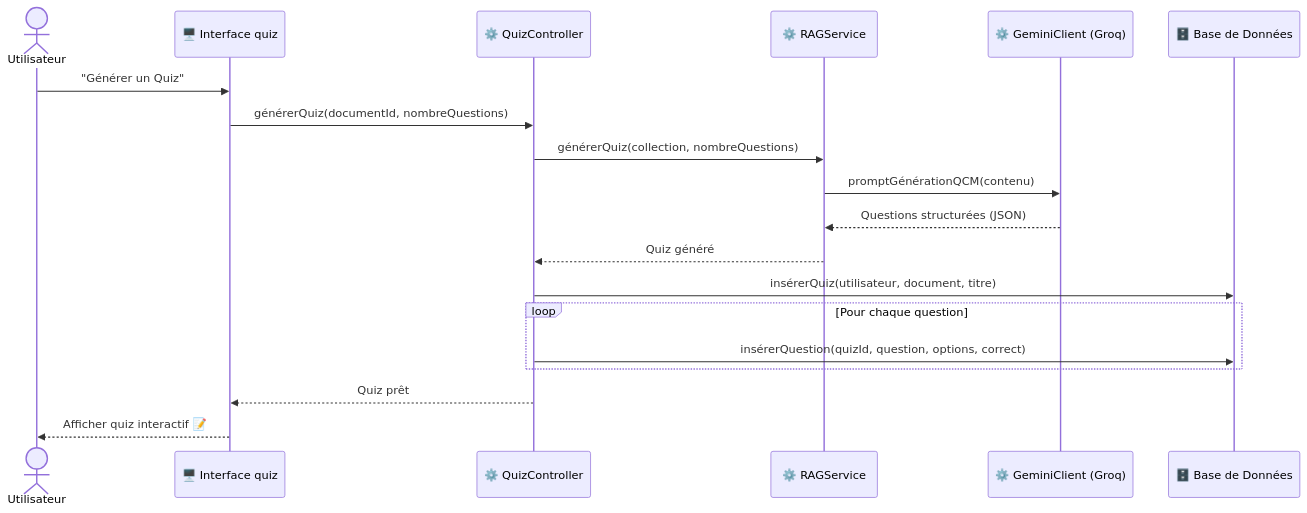
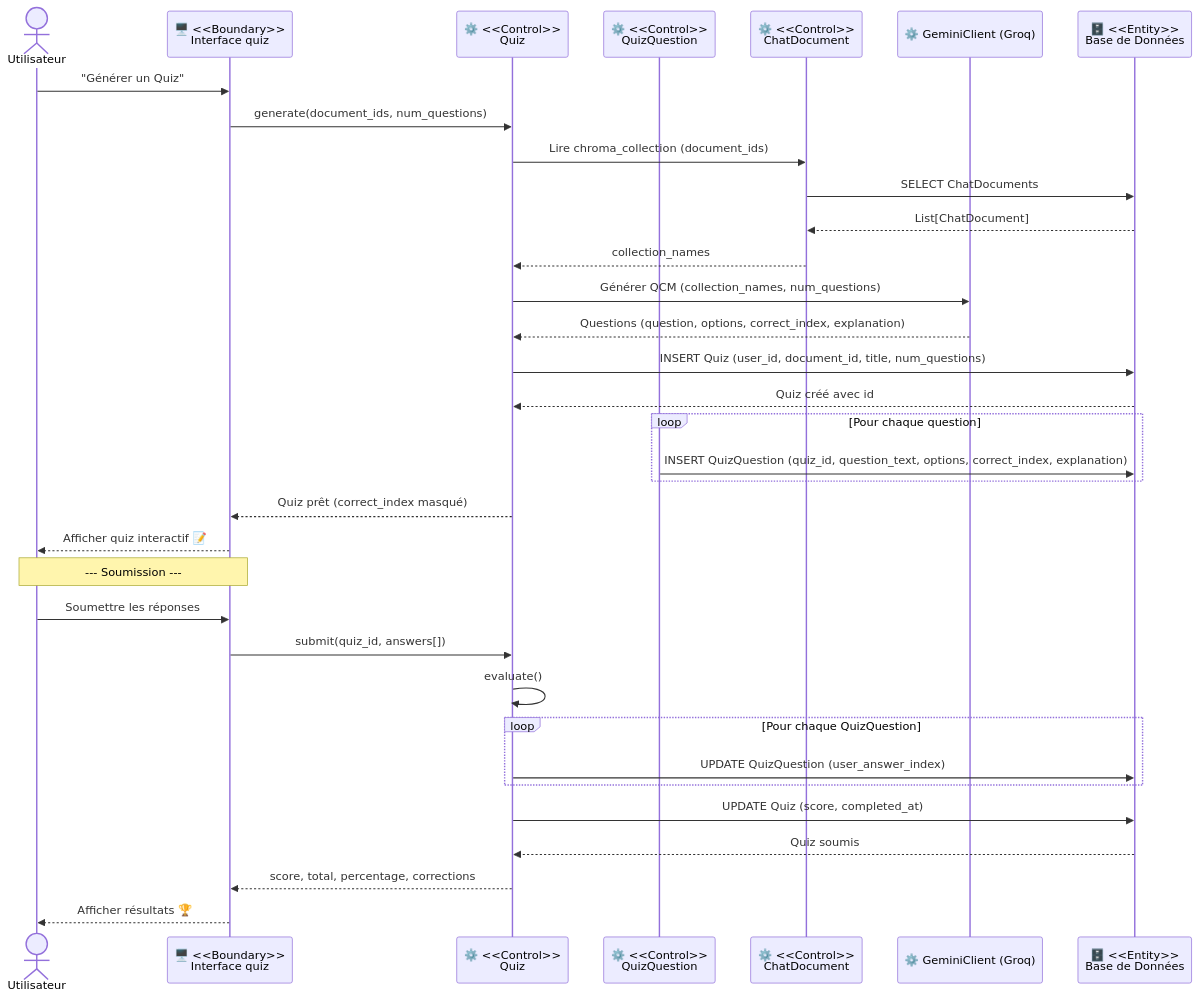
Before and after one commit to Jkacem/smart_focus: diagram 13 of 20 in docs/Conception_DiagrammeSequence.md, drawn with Mermaid. The commit also changed other lines of this file and 31 other files, not shown here.

````diff
--- a/docs/Conception_DiagrammeSequence.md
+++ b/docs/Conception_DiagrammeSequence.md
@@ -321,24 +439,42 @@
 ```mermaid
 sequenceDiagram
     actor Utilisateur
-    participant B as 🖥️ Interface quiz
-    participant C as ⚙️ QuizController
-    participant RAG as ⚙️ RAGService
+    participant B  as 🖥️ <<Boundary>><br/>Interface quiz
+    participant QZ as ⚙️ <<Control>><br/>Quiz
+    participant QQ as ⚙️ <<Control>><br/>QuizQuestion
+    participant CD as ⚙️ <<Control>><br/>ChatDocument
     participant LLM as ⚙️ GeminiClient (Groq)
-    participant E as 🗄️ Base de Données
+    participant E  as 🗄️ <<Entity>><br/>Base de Données
 
     Utilisateur->>B: "Générer un Quiz"
-    B->>C: générerQuiz(documentId, nombreQuestions)
-    C->>RAG: générerQuiz(collection, nombreQuestions)
-    RAG->>LLM: promptGénérationQCM(contenu)
-    LLM-->>RAG: Questions structurées (JSON)
-    RAG-->>C: Quiz généré
+    B->>QZ: generate(document_ids, num_questions)
+    QZ->>CD: Lire chroma_collection (document_ids)
+    CD->>E: SELECT ChatDocuments
+    E-->>CD: List[ChatDocument]
+    CD-->>QZ: collection_names
 
-    C->>E: insérerQuiz(utilisateur, document, titre)
+    QZ->>LLM: Générer QCM (collection_names, num_questions)
+    LLM-->>QZ: Questions (question, options, correct_index, explanation)
+
+    QZ->>E: INSERT Quiz (user_id, document_id, title, num_questions)
+    E-->>QZ: Quiz créé avec id
     loop Pour chaque question
-        C->>E: insérerQuestion(quizId, question, options, correct)
+        QQ->>E: INSERT QuizQuestion (quiz_id, question_text, options, correct_index, explanation)
     end
 
-    C-->>B: Quiz prêt
+    QZ-->>B: Quiz prêt (correct_index masqué)
     B-->>Utilisateur: Afficher quiz interactif 📝
+
+    Note over Utilisateur, B: --- Soumission ---
+
+    Utilisateur->>B: Soumettre les réponses
+    B->>QZ: submit(quiz_id, answers[])
+    QZ->>QZ: evaluate()
+    loop Pour chaque QuizQuestion
+        QZ->>E: UPDATE QuizQuestion (user_answer_index)
+    end
+    QZ->>E: UPDATE Quiz (score, completed_at)
+    E-->>QZ: Quiz soumis
+    QZ-->>B: score, total, percentage, corrections
+    B-->>Utilisateur: Afficher résultats 🏆
 ```
````
